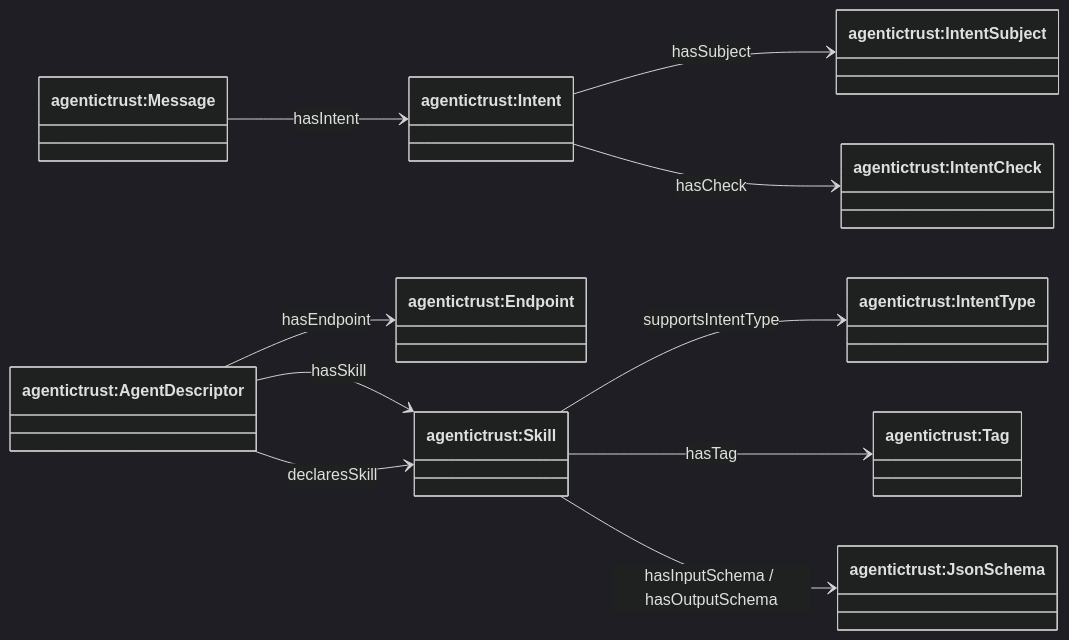
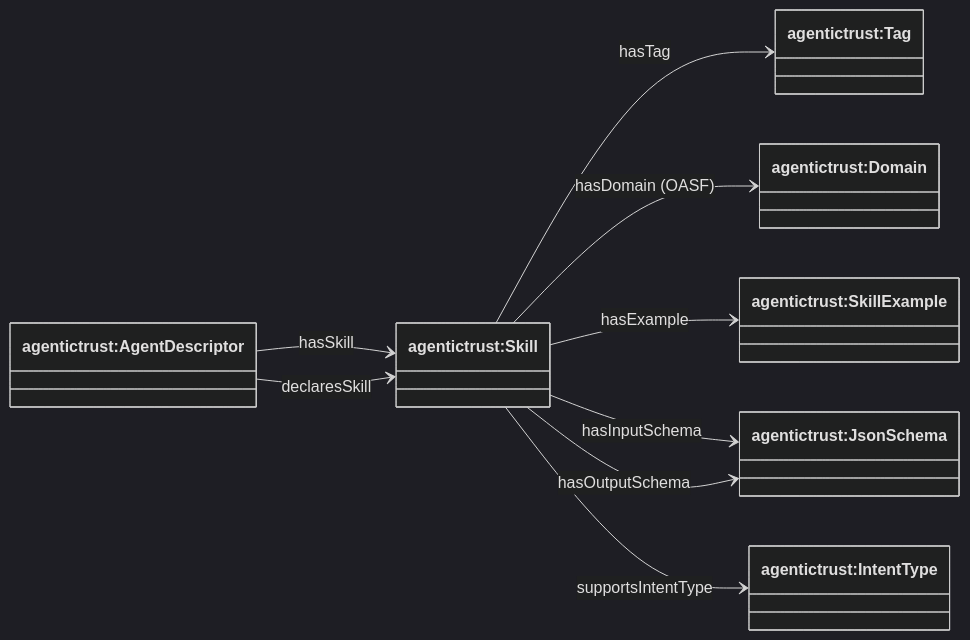
The second of 5 diagrams in docs/ontology/discovery.md (Agentic-Trust-Layer/agent-explorer), drawn with Mermaid (dark theme) before and after one commit. The commit also changed other lines of this file and 5 other files, not shown here.

Commit message:
update with oasf domain

````diff
--- a/docs/ontology/discovery.md
+++ b/docs/ontology/discovery.md
@@ -46,28 +194,22 @@
 ```mermaid
 classDiagram
 direction LR
 
-class Message["agentictrust:Message"]
-class Intent["agentictrust:Intent"]
+class AgentDescriptor["agentictrust:AgentDescriptor"]
+class Skill["agentictrust:Skill"]
+class Tag["agentictrust:Tag"]
+class Domain["agentictrust:Domain"]
+class SkillExample["agentictrust:SkillExample"]
+class JsonSchema["agentictrust:JsonSchema"]
 class IntentType["agentictrust:IntentType"]
-class IntentSubject["agentictrust:IntentSubject"]
-class IntentCheck["agentictrust:IntentCheck"]
 
-class AgentDescriptor["agentictrust:AgentDescriptor"]
-class Endpoint["agentictrust:Endpoint"]
-class Skill["agentictrust:Skill"]
-class JsonSchema["agentictrust:JsonSchema"]
-class Tag["agentictrust:Tag"]
-
-Message --> Intent : hasIntent
-Intent --> IntentSubject : hasSubject
-Intent --> IntentCheck : hasCheck
-
-AgentDescriptor --> Endpoint : hasEndpoint
 AgentDescriptor --> Skill : hasSkill
 AgentDescriptor --> Skill : declaresSkill
 
+Skill --> Tag : hasTag
+Skill --> Domain : hasDomain (OASF)
+Skill --> SkillExample : hasExample
+Skill --> JsonSchema : hasInputSchema
+Skill --> JsonSchema : hasOutputSchema
 Skill --> IntentType : supportsIntentType
-Skill --> Tag : hasTag
-Skill --> JsonSchema : hasInputSchema / hasOutputSchema
 ```
````
